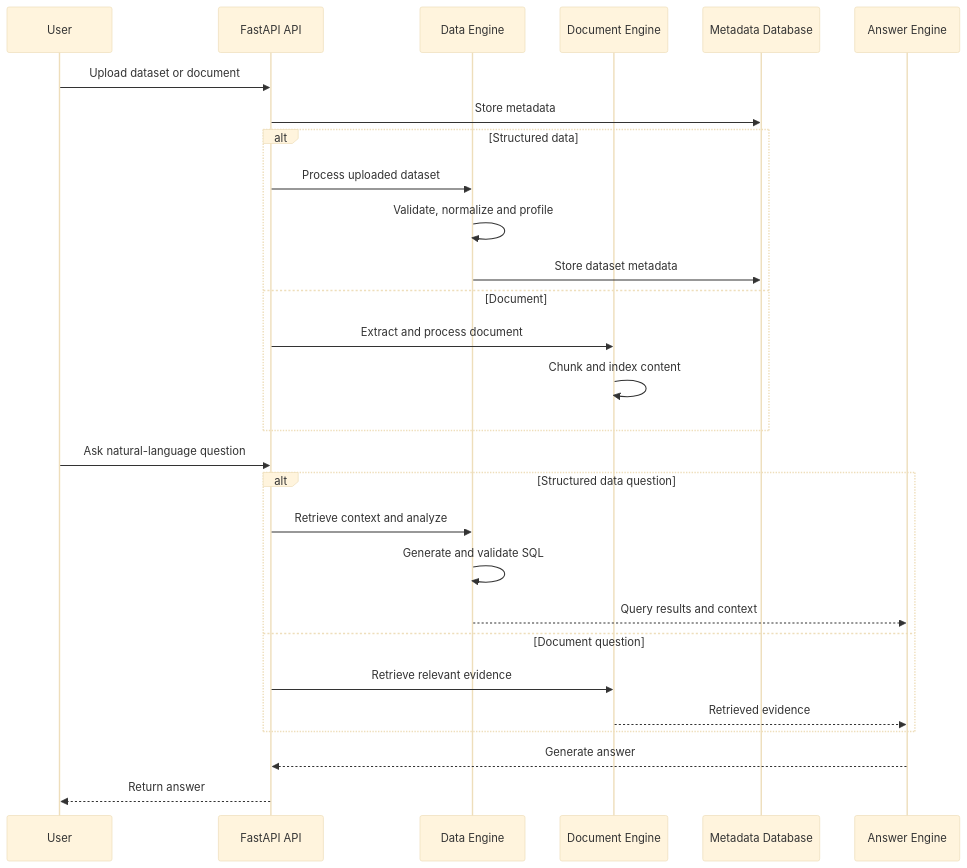
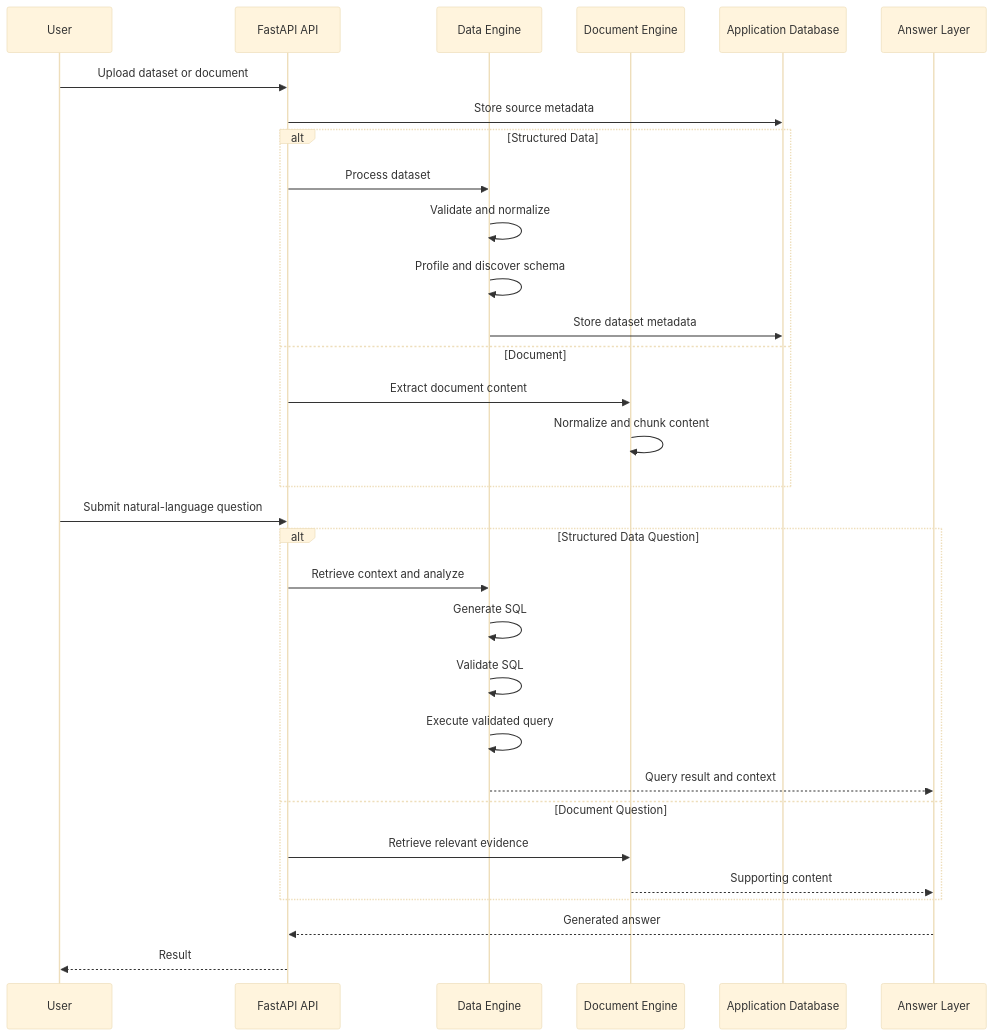
Before and after one commit to shreyajoshi144/querysure: the fifth of 7 diagrams in README.md, drawn with Mermaid (base theme). The commit also changed other lines of this file, not shown here.

````diff
--- a/README.md
+++ b/README.md
@@ -262,35 +265,39 @@
 ```mermaid
 sequenceDiagram
+
     participant U as User
     participant API as FastAPI API
     participant DE as Data Engine
-    participant Doc as Document Engine
-    participant DB as Metadata Database
-    participant AE as Answer Engine
+    participant DOC as Document Engine
+    participant DB as Application Database
+    participant ANS as Answer Layer
 
     U->>API: Upload dataset or document
-    API->>DB: Store metadata
+    API->>DB: Store source metadata
 
-    alt Structured data
-        API->>DE: Process uploaded dataset
-        DE->>DE: Validate, normalize and profile
+    alt Structured Data
+        API->>DE: Process dataset
+        DE->>DE: Validate and normalize
+        DE->>DE: Profile and discover schema
         DE->>DB: Store dataset metadata
     else Document
-        API->>Doc: Extract and process document
-        Doc->>Doc: Chunk and index content
+        API->>DOC: Extract document content
+        DOC->>DOC: Normalize and chunk content
     end
 
-    U->>API: Ask natural-language question
+    U->>API: Submit natural-language question
 
-    alt Structured data question
+    alt Structured Data Question
         API->>DE: Retrieve context and analyze
-        DE->>DE: Generate and validate SQL
-        DE-->>AE: Query results and context
-    else Document question
-        API->>Doc: Retrieve relevant evidence
-        Doc-->>AE: Retrieved evidence
+        DE->>DE: Generate SQL
+        DE->>DE: Validate SQL
+        DE->>DE: Execute validated query
+        DE-->>ANS: Query result and context
+    else Document Question
+        API->>DOC: Retrieve relevant evidence
+        DOC-->>ANS: Supporting content
     end
 
-    AE-->>API: Generate answer
-    API-->>U: Return answer
+    ANS-->>API: Generated answer
+    API-->>U: Result
 ```
````
